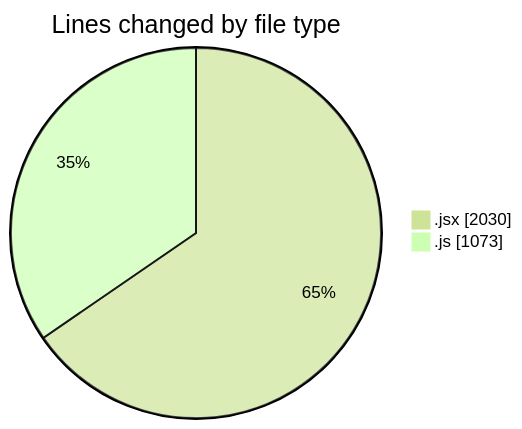
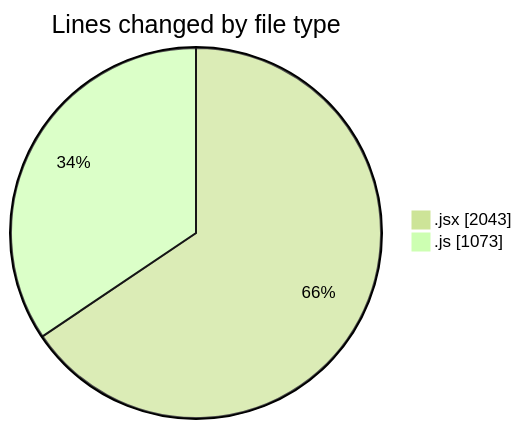
Before and after one commit to nxtqubesakshisongat/code-tracking: the first of 2 diagrams in 2025-06-04/nxtqube_webapp/README.md, drawn with Mermaid (forest theme). The commit also changed other lines of this file and 1 other file, not shown here.

````diff
--- a/2025-06-04/nxtqube_webapp/README.md
+++ b/2025-06-04/nxtqube_webapp/README.md
@@ -26,6 +26,6 @@
 ```mermaid
 pie showData
 title Lines changed by file type
-".jsx" : 2030
+".jsx" : 2043
 ".js" : 1073
 ```
````
